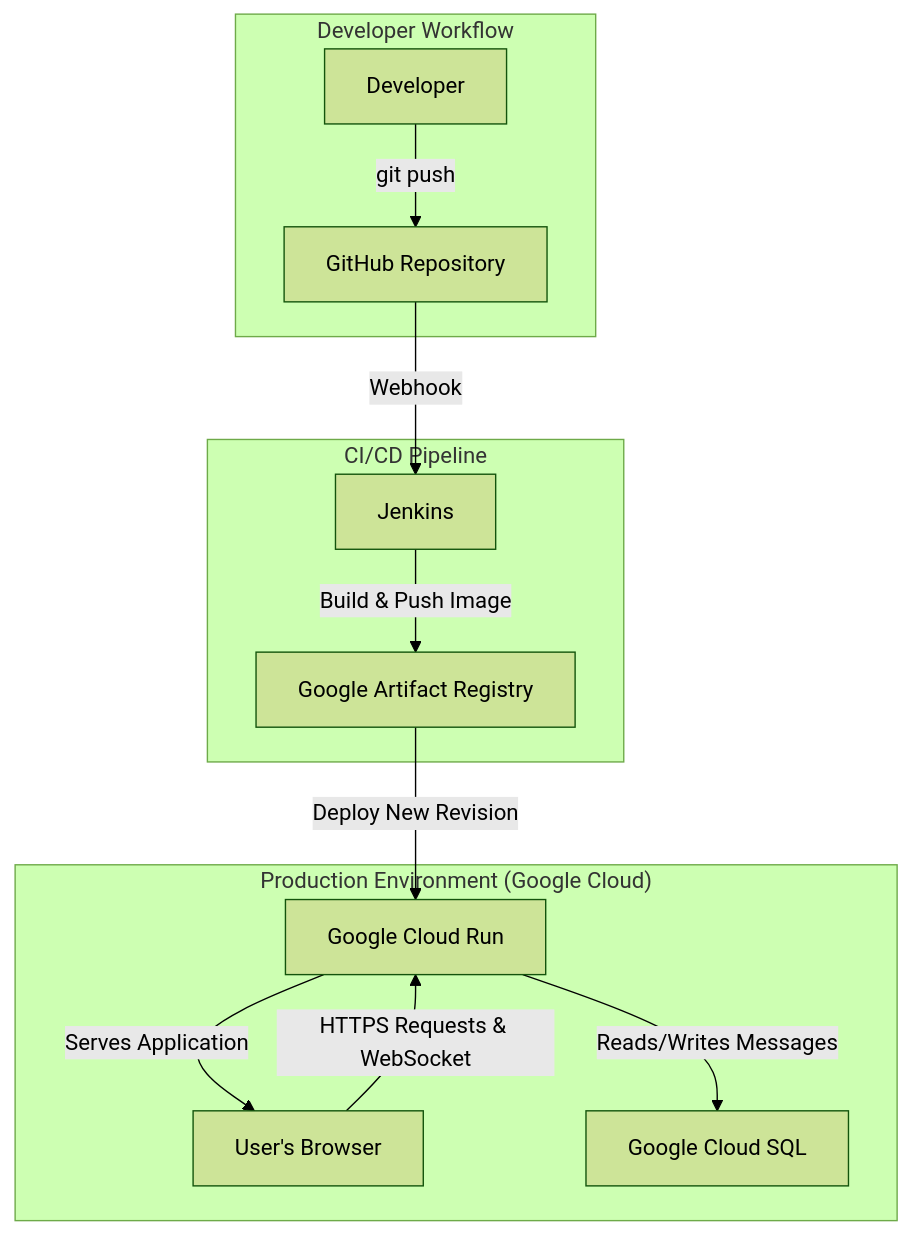
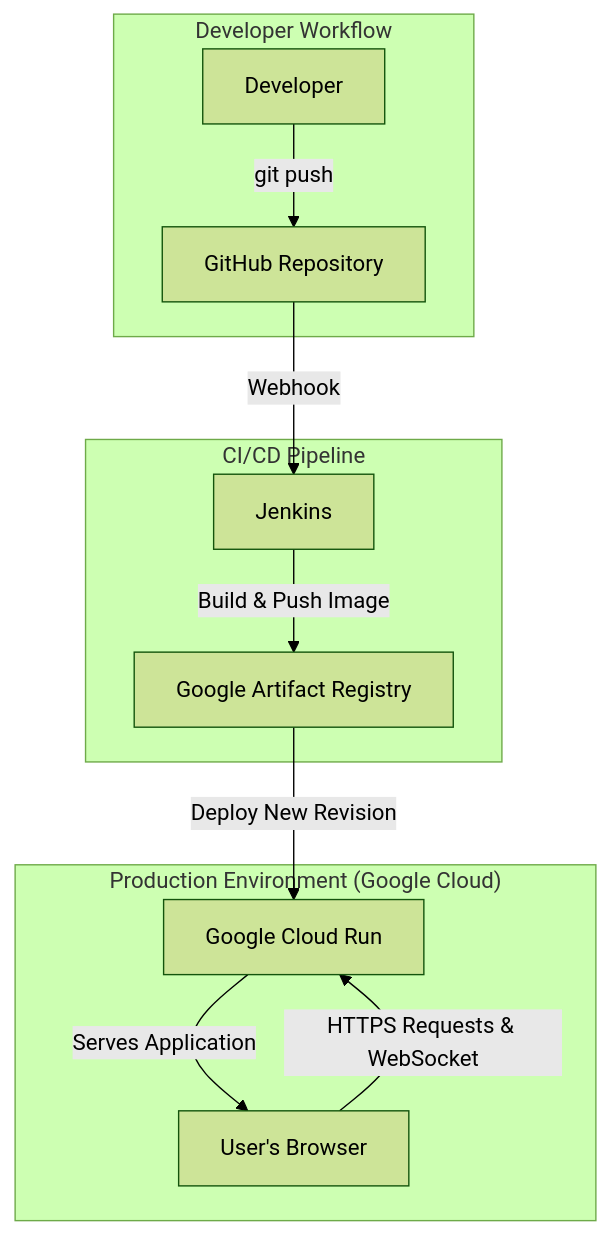
One commit to pallavihere/devops-project changed the first of 2 diagrams in README.md. Above: the diagram before and after it, drawn with Mermaid (forest theme).

Commit message:
Docs: Remove Cloud SQL from infrastructure diagram

````diff
--- a/README.md
+++ b/README.md
@@ -33,19 +33,18 @@
 ```mermaid
 graph TD
     subgraph "Developer Workflow"
         A[Developer] -- "git push" --> B[GitHub Repository];
     end
 
     subgraph "CI/CD Pipeline"
         B -- "Webhook" --> C[Jenkins];
         C -- "Build & Push Image" --> D[Google Artifact Registry];
     end
 
     subgraph "Production Environment (Google Cloud)"
         D -- "Deploy New Revision" --> E[Google Cloud Run];
         E -- "Serves Application" --> F[User's Browser];
-        E -- "Reads/Writes Messages" --> G[Google Cloud SQL];
     end
 
     F -- "HTTPS Requests & WebSocket" --> E;
 ```
````
